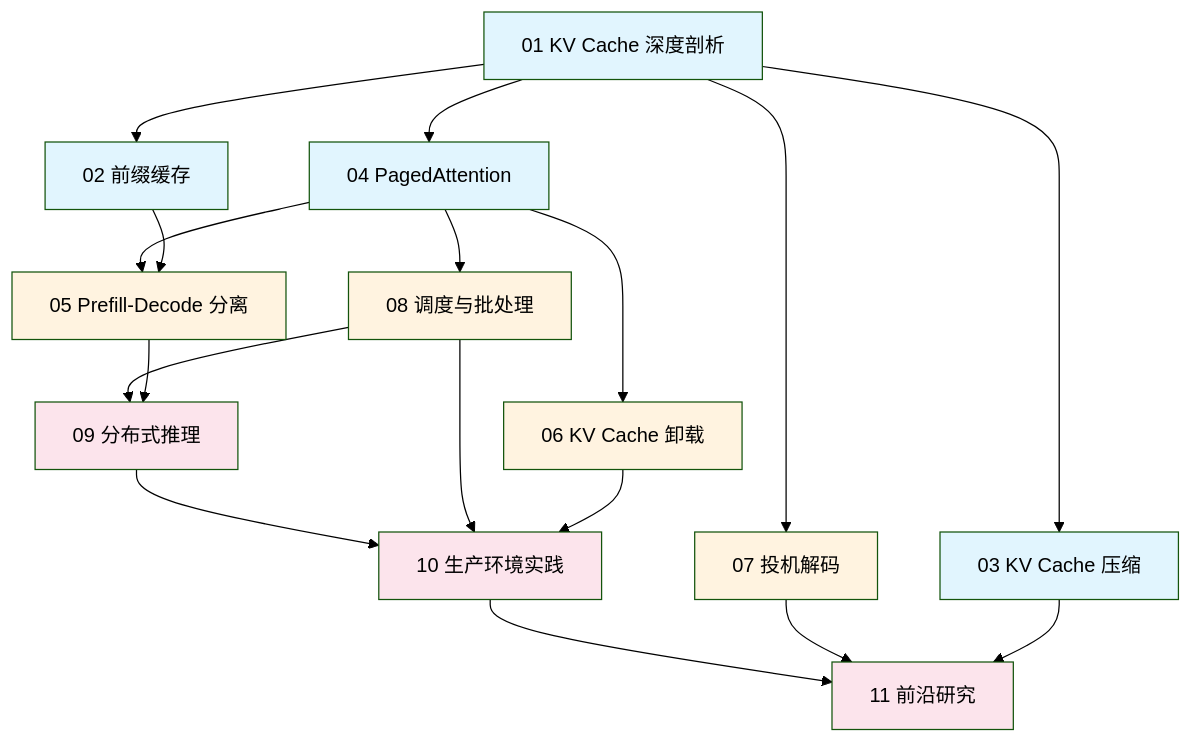
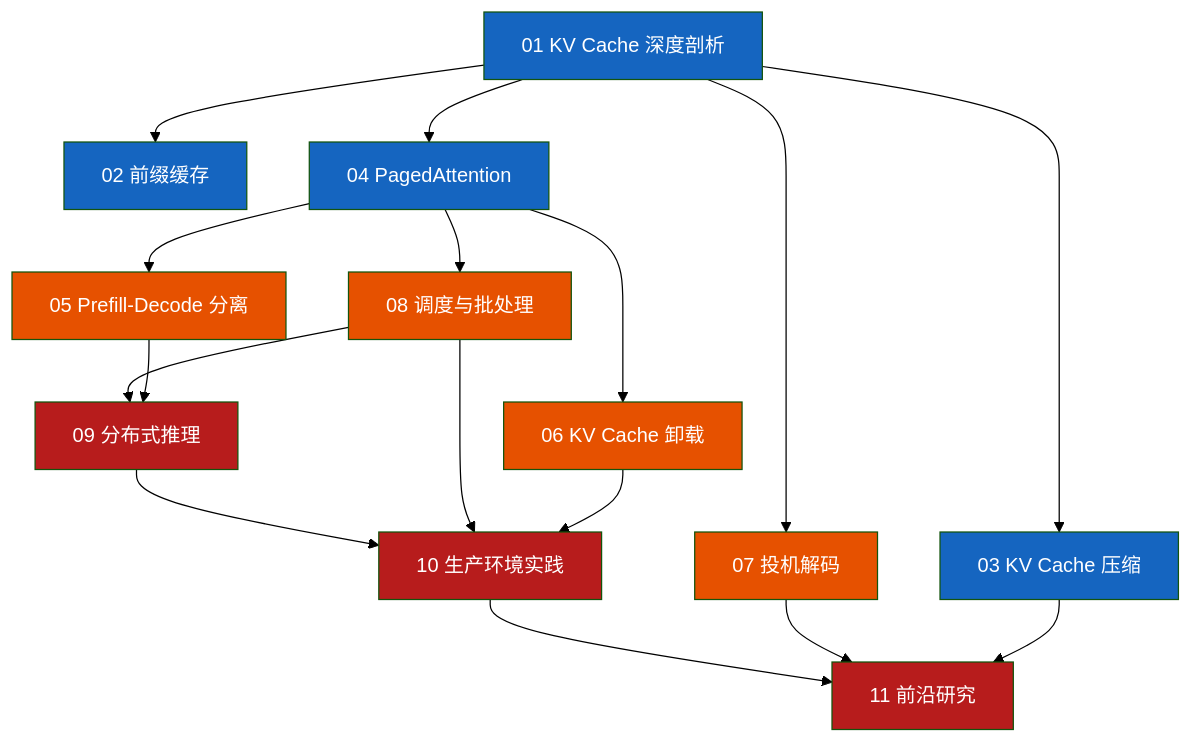
One commit to NightLemon/llm-serving-deep-dive changed the diagram in README.md. Above: the diagram before and after it, drawn with Mermaid (forest theme). The commit also changed other lines of this file and 16 other files, not shown here.

````diff
--- a/README.md
+++ b/README.md
@@ -43,37 +43,36 @@
 ```mermaid
 graph TD
     A[01 KV Cache 深度剖析] --> B[02 前缀缓存]
     A --> C[03 KV Cache 压缩]
     A --> D[04 PagedAttention]
 
     D --> E[05 Prefill-Decode 分离]
     D --> F[06 KV Cache 卸载]
-    B --> E
 
     A --> G[07 投机解码]
 
     D --> H[08 调度与批处理]
 
     H --> I[09 分布式推理]
     E --> I
 
     I --> J[10 生产环境实践]
     H --> J
     F --> J
 
     J --> K[11 前沿研究]
     G --> K
     C --> K
 
-    style A fill:#e1f5fe
-    style B fill:#e1f5fe
-    style C fill:#e1f5fe
-    style D fill:#e1f5fe
-    style E fill:#fff3e0
-    style F fill:#fff3e0
-    style G fill:#fff3e0
-    style H fill:#fff3e0
-    style I fill:#fce4ec
-    style J fill:#fce4ec
-    style K fill:#fce4ec
+    style A fill:#1565c0,color:#fff
+    style B fill:#1565c0,color:#fff
+    style C fill:#1565c0,color:#fff
+    style D fill:#1565c0,color:#fff
+    style E fill:#e65100,color:#fff
+    style F fill:#e65100,color:#fff
+    style G fill:#e65100,color:#fff
+    style H fill:#e65100,color:#fff
+    style I fill:#b71c1c,color:#fff
+    style J fill:#b71c1c,color:#fff
+    style K fill:#b71c1c,color:#fff
 ```
````
